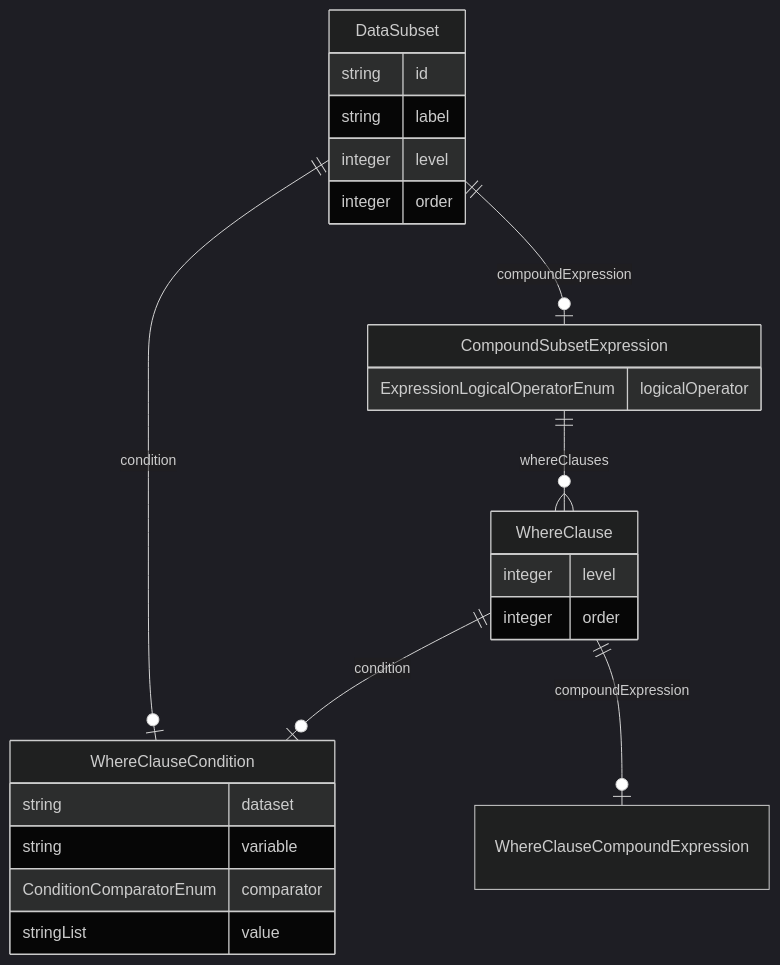
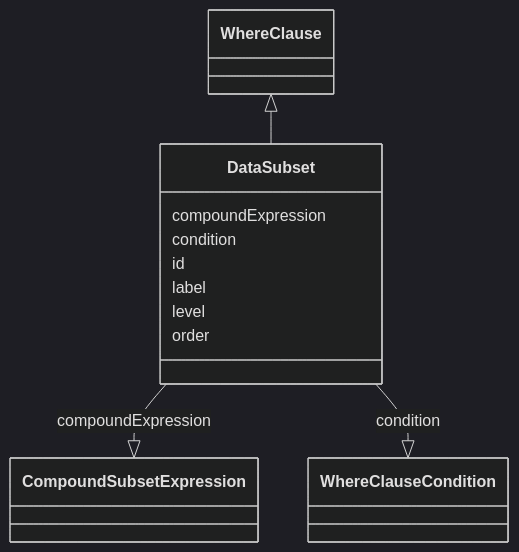
The diagram in project/docs/DataSubset.md (cdisc-org/analysis-results-standard), drawn with Mermaid (dark theme) before and after one commit. The commit also changed 256 other files, not shown here.

Commit message:
Documentation diagrams

````diff
--- a/project/docs/DataSubset.md
+++ b/project/docs/DataSubset.md
@@ -13,29 +15,23 @@
 ```mermaid
-erDiagram
-DataSubset {
-    string id  
-    string label  
-    integer level  
-    integer order  
-}
-CompoundSubsetExpression {
-    ExpressionLogicalOperatorEnum logicalOperator  
-}
-WhereClause {
-    integer level  
-    integer order  
-}
-WhereClauseCondition {
-    string dataset  
-    string variable  
-    ConditionComparatorEnum comparator  
-    stringList value  
-}
-
-DataSubset ||--|o WhereClauseCondition : "condition"
-DataSubset ||--|o CompoundSubsetExpression : "compoundExpression"
-CompoundSubsetExpression ||--}o WhereClause : "whereClauses"
-WhereClause ||--|o WhereClauseCondition : "condition"
-WhereClause ||--|o WhereClauseCompoundExpression : "compoundExpression"
-
+ classDiagram
+    class DataSubset
+      WhereClause <|-- DataSubset
+      
+      DataSubset : compoundExpression
+        
+          DataSubset --|> CompoundSubsetExpression : compoundExpression
+        
+      DataSubset : condition
+        
+          DataSubset --|> WhereClauseCondition : condition
+        
+      DataSubset : id
+        
+      DataSubset : label
+        
+      DataSubset : level
+        
+      DataSubset : order
+        
+      
 ```
````
